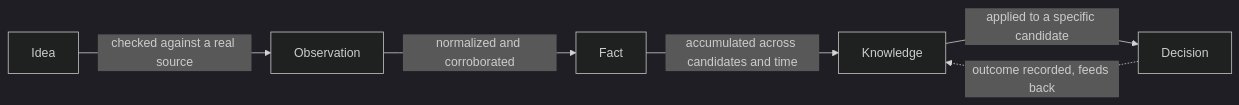
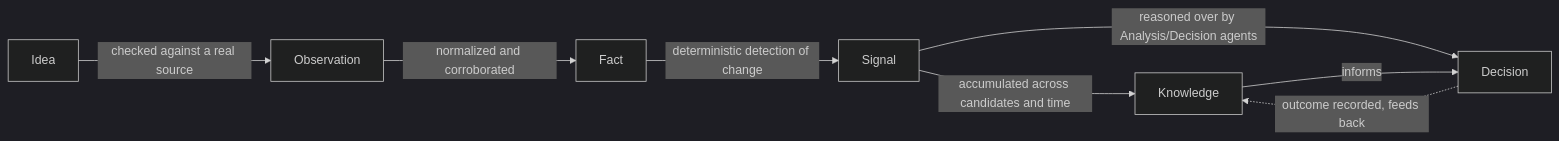
Before and after one commit to crazyoliver99/ecom: the diagram in docs/OPERATING_SYSTEM.md, drawn with Mermaid (dark theme). The commit also changed other lines of this file and 2 other files, not shown here.

````diff
--- a/docs/OPERATING_SYSTEM.md
+++ b/docs/OPERATING_SYSTEM.md
@@ -33,8 +33,10 @@
 ```mermaid
 flowchart LR
     IDEA[Idea] -->|checked against a real source| OBS[Observation]
     OBS -->|normalized and corroborated| FACT[Fact]
-    FACT -->|accumulated across candidates and time| KNOW[Knowledge]
-    KNOW -->|applied to a specific candidate| DEC[Decision]
+    FACT -->|deterministic detection of change| SIG[Signal]
+    SIG -->|accumulated across candidates and time| KNOW[Knowledge]
+    SIG -->|reasoned over by Analysis/Decision agents| DEC[Decision]
+    KNOW -->|informs| DEC
     DEC -.->|outcome recorded, feeds back| KNOW
 ```
````
